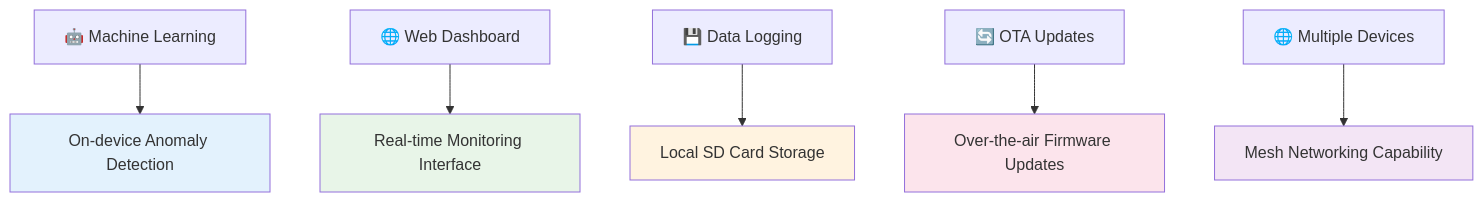
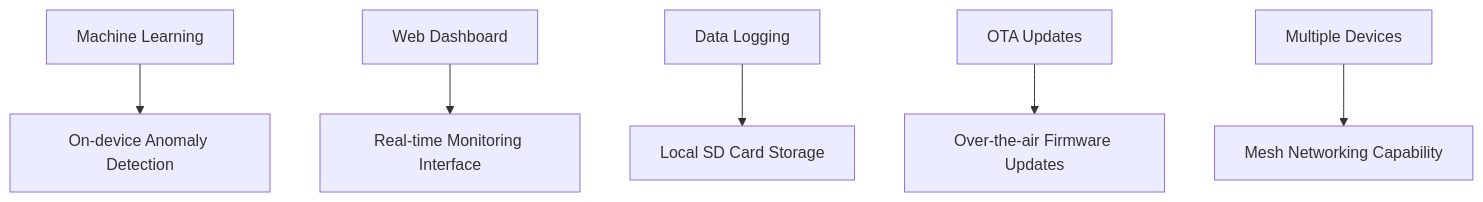
One commit to abdo-sayed1/Industrial_Predictive_Maintenance_AIoT changed the eighth of 9 diagrams in README.md. Above: the diagram before and after it, drawn with Mermaid. The commit also changed other lines of this file, not shown here.

````diff
--- a/README.md
+++ b/README.md
@@ -658,14 +523,8 @@
 ```mermaid
 graph TD
-    A[🤖 Machine Learning] --> A1[On-device Anomaly Detection]
-    B[🌐 Web Dashboard] --> B1[Real-time Monitoring Interface]
-    C[💾 Data Logging] --> C1[Local SD Card Storage]
-    D[🔄 OTA Updates] --> D1[Over-the-air Firmware Updates]
-    E[🌐 Multiple Devices] --> E1[Mesh Networking Capability]
-    
-    style A1 fill:#e3f2fd
-    style B1 fill:#e8f5e8
-    style C1 fill:#fff3e0
-    style D1 fill:#fce4ec
-    style E1 fill:#f3e5f5
+    A[Machine Learning] --> A1[On-device Anomaly Detection]
+    B[Web Dashboard] --> B1[Real-time Monitoring Interface]
+    C[Data Logging] --> C1[Local SD Card Storage]
+    D[OTA Updates] --> D1[Over-the-air Firmware Updates]
+    E[Multiple Devices] --> E1[Mesh Networking Capability]
 ```
````
